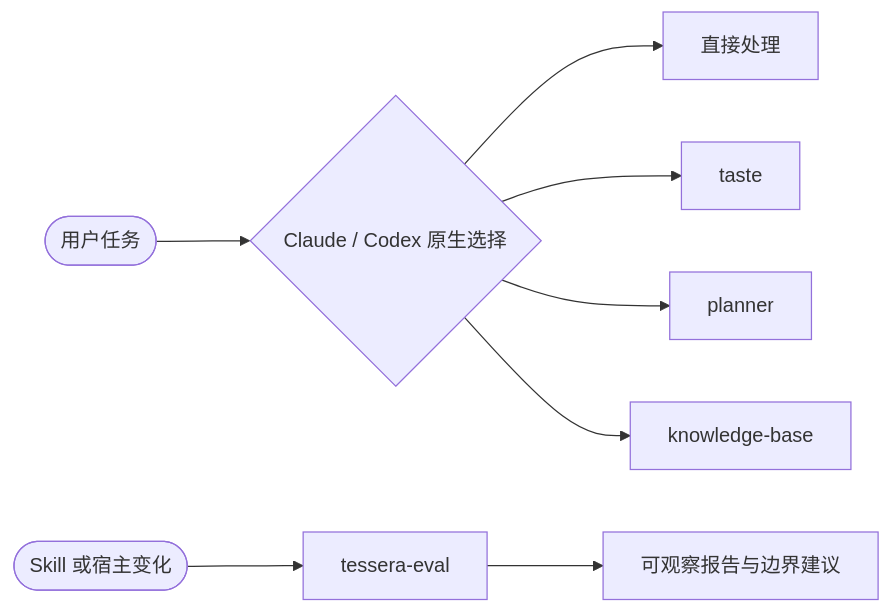
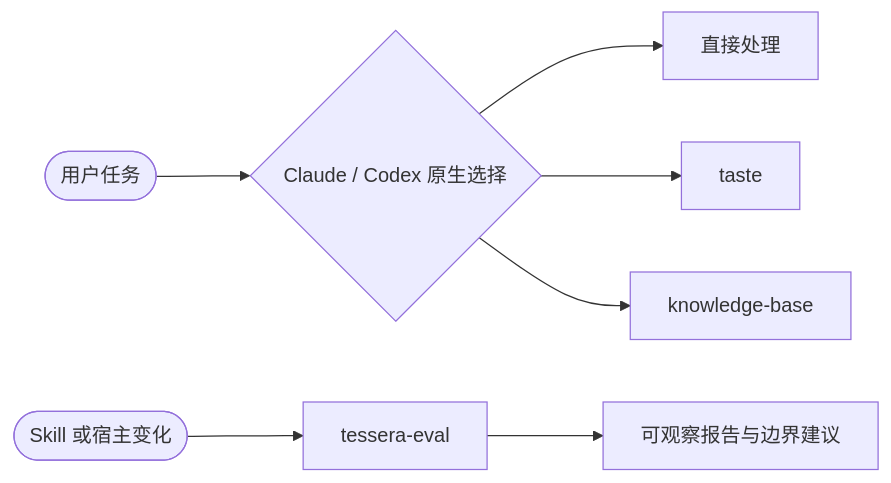
Before and after one commit to gloamere/Tessera: the diagram in README.md, drawn with Mermaid. The commit also changed other lines of this file and 28 other files, not shown here.

````diff
--- a/README.md
+++ b/README.md
@@ -25,10 +24,9 @@
 ```mermaid
 flowchart LR
     U([用户任务]) --> H{Claude / Codex 原生选择}
     H --> D[直接处理]
     H --> T[taste]
-    H --> P[planner]
     H --> K[knowledge-base]
     C([Skill 或宿主变化]) --> E[tessera-eval]
     E --> R[可观察报告与边界建议]
 ```
````
